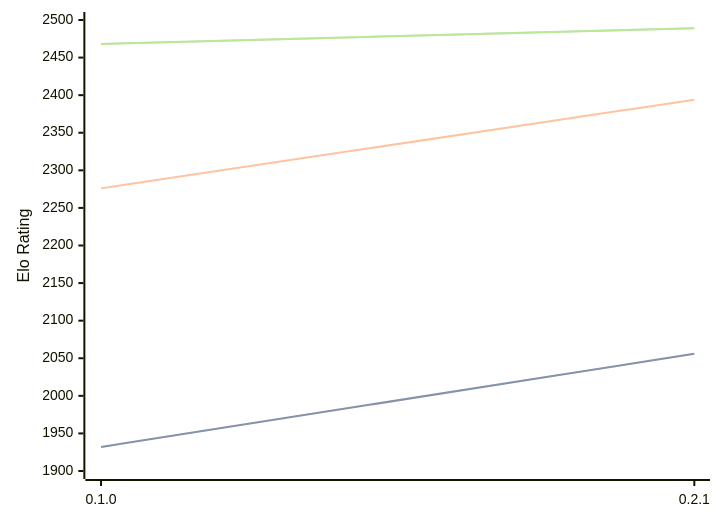
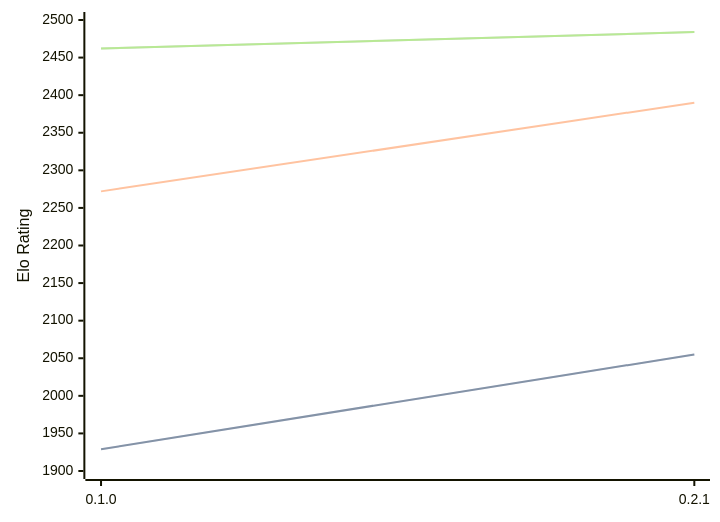
The diagram in engines/Sykora.md (computer-chess-index/cci), drawn with Mermaid before and after one commit. The commit also changed other lines of this file, not shown here.

Commit message:
Update CCI Ratings (ELO VLTC) - 2026-05-18

````diff
--- a/engines/Sykora.md
+++ b/engines/Sykora.md
@@ -33,11 +33,11 @@
 ```mermaid
 %%{init: {"theme":"base","themeVariables":{"seriesColors:['#a3a3a3','#222221','#faa371']}}}%%
 xychart-beta
   x-axis ["0.1.0", "0.2.1"]
   y-axis "Elo Rating" 1900 --> 2500
-  line "STC (8.0+0.08s)" [1932, 2056]
-  line "STC (8.0+0.08s)" [1932, 2056]
-  line "LTC (60.0+0.60s)" [2276, 2394]
-  line "VLTC (2m24s+1.12s)" [2468, 2489]
-  line "VLTC (2m24s+1.12s)" [2468, 2489]
+  line "STC (8.0+0.08s)" [1929, 2055]
+  line "STC (8.0+0.08s)" [1929, 2055]
+  line "LTC (60.0+0.60s)" [2272, 2390]
+  line "VLTC (2m24s+1.12s)" [2462, 2484]
+  line "VLTC (2m24s+1.12s)" [2462, 2484]
 ```
````
